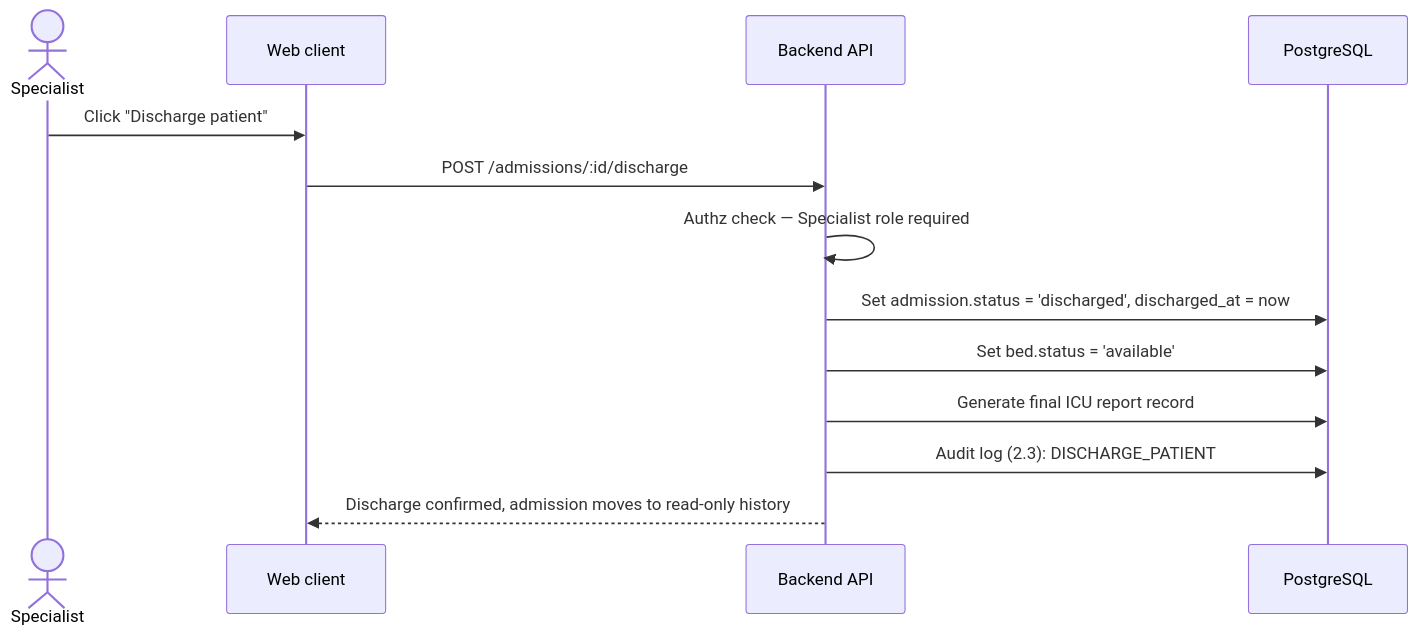
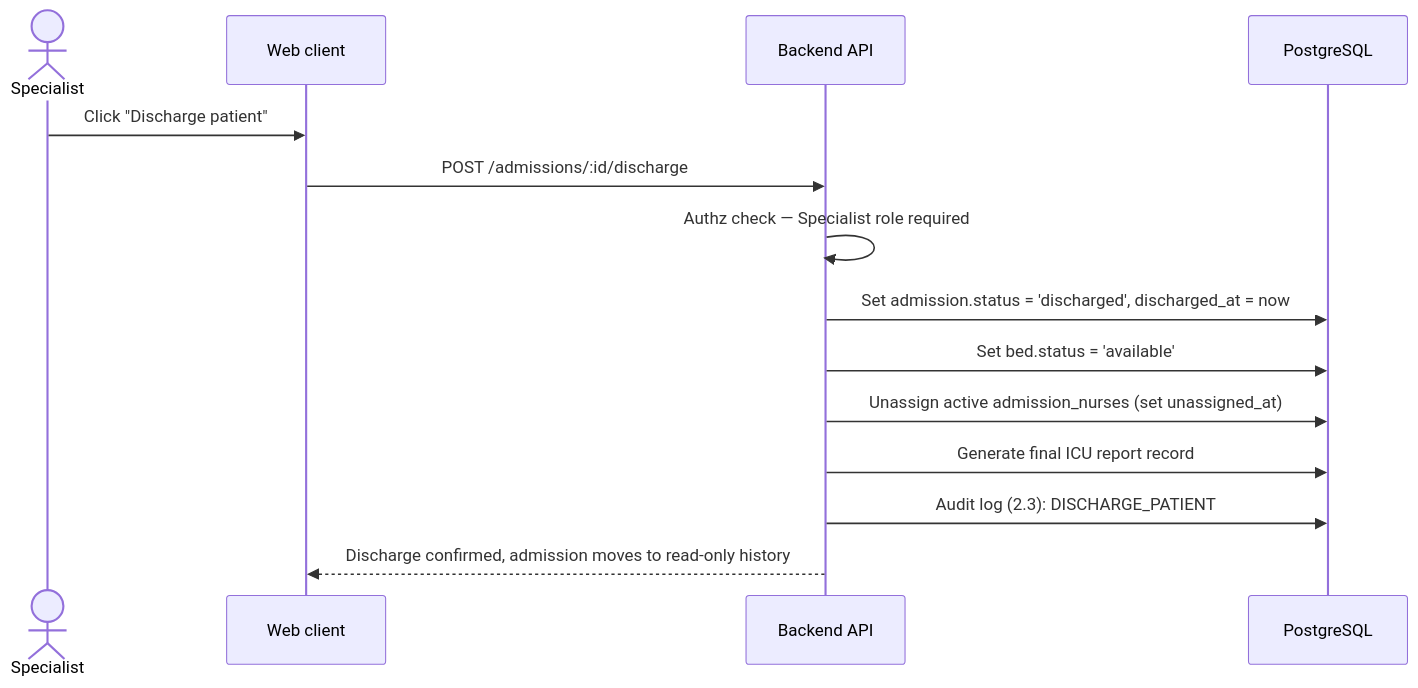
Before and after one commit to ITI-OS-Team-2026/ICU-Management-Project: diagram 12 of 16 in docs/System-Flows.md, drawn with Mermaid. The commit also changed other lines of this file and 9 other files, not shown here.

````diff
--- a/docs/System-Flows.md
+++ b/docs/System-Flows.md
@@ -367,16 +399,17 @@
 ```mermaid
 sequenceDiagram
     actor Specialist
     participant UI as Web client
     participant API as Backend API
     participant DB as PostgreSQL
 
     Specialist->>UI: Click "Discharge patient"
     UI->>API: POST /admissions/:id/discharge
     API->>API: Authz check — Specialist role required
     API->>DB: Set admission.status = 'discharged', discharged_at = now
     API->>DB: Set bed.status = 'available'
+    API->>DB: Unassign active admission_nurses (set unassigned_at)
     API->>DB: Generate final ICU report record
     API->>DB: Audit log (2.3): DISCHARGE_PATIENT
     API-->>UI: Discharge confirmed, admission moves to read-only history
 ```
````
